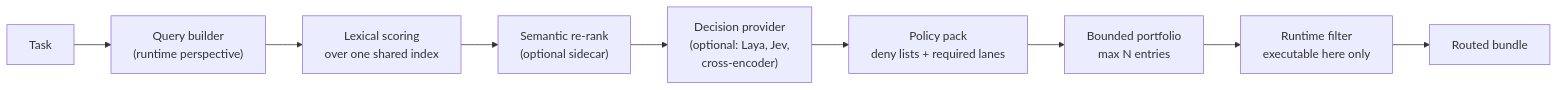
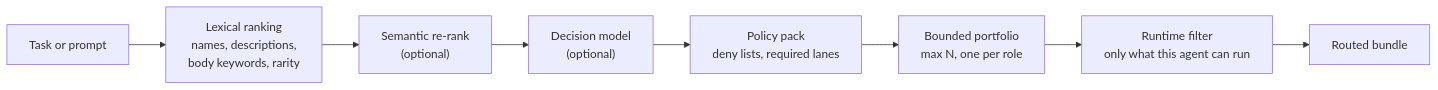
The diagram in README.md (Hannay001/lockkeeper), drawn with Mermaid before and after one commit. The commit also changed other lines of this file and 1 other file, not shown here.

````diff
--- a/README.md
+++ b/README.md
@@ -51,11 +157,10 @@
 ```mermaid
 flowchart LR
-    T["Task"] --> Q["Query builder<br/>(runtime perspective)"]
-    Q --> S["Lexical scoring<br/>over one shared index"]
-    S --> O["Semantic re-rank<br/>(optional sidecar)"]
-    O --> D["Decision provider<br/>(optional: Laya, Jev,<br/>cross-encoder)"]
-    D --> P["Policy pack<br/>deny lists + required lanes"]
-    P --> B["Bounded portfolio<br/>max N entries"]
-    B --> F["Runtime filter<br/>executable here only"]
+    T["Task or prompt"] --> S["Lexical ranking<br/>names, descriptions,<br/>body keywords, rarity"]
+    S --> O["Semantic re-rank<br/>(optional)"]
+    O --> D["Decision model<br/>(optional)"]
+    D --> P["Policy pack<br/>deny lists, required lanes"]
+    P --> B["Bounded portfolio<br/>max N, one per role"]
+    B --> F["Runtime filter<br/>only what this agent can run"]
     F --> R["Routed bundle"]
 ```
````
